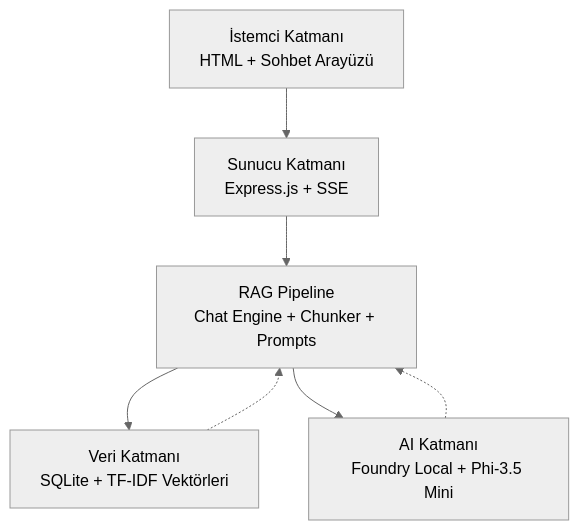
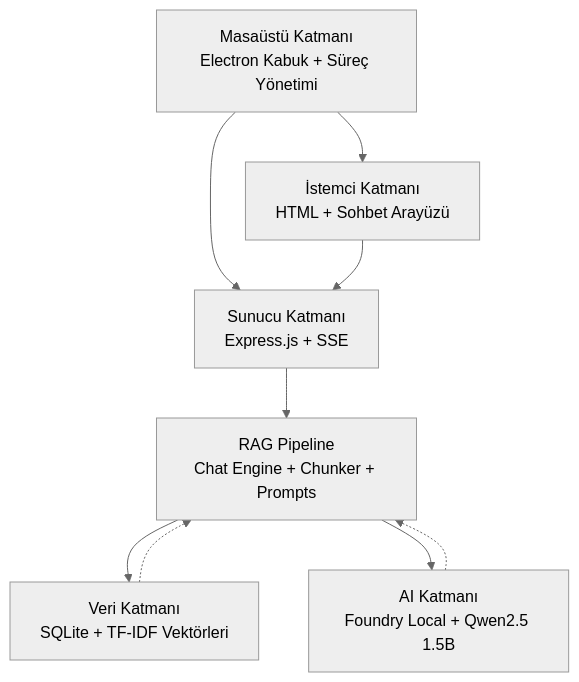
Before and after one commit to SemanurBuhan/local-rag-foundry: the first of 3 diagrams in README.md, drawn with Mermaid (neutral theme). The commit also changed other lines of this file, not shown here.

First line of the commit message:
README: ShadowSec markasi, masaustu (Electron) katmani ve Qwen2.5 1.5B guncellemesi

````diff
--- a/README.md
+++ b/README.md
@@ -33,9 +36,11 @@
 ```mermaid
 flowchart TD
+    F[Masaüstü Katmanı<br/>Electron Kabuk + Süreç Yönetimi] --> A
+    F --> B
     A[İstemci Katmanı<br/>HTML + Sohbet Arayüzü] --> B[Sunucu Katmanı<br/>Express.js + SSE]
     B --> C[RAG Pipeline<br/>Chat Engine + Chunker + Prompts]
     C --> D[Veri Katmanı<br/>SQLite + TF-IDF Vektörleri]
-    C --> E[AI Katmanı<br/>Foundry Local + Phi-3.5 Mini]
+    C --> E[AI Katmanı<br/>Foundry Local + Qwen2.5 1.5B]
     D -.-> C
     E -.-> C
 ```
````
